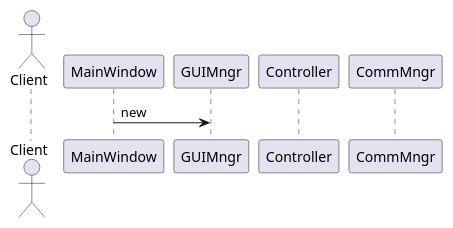
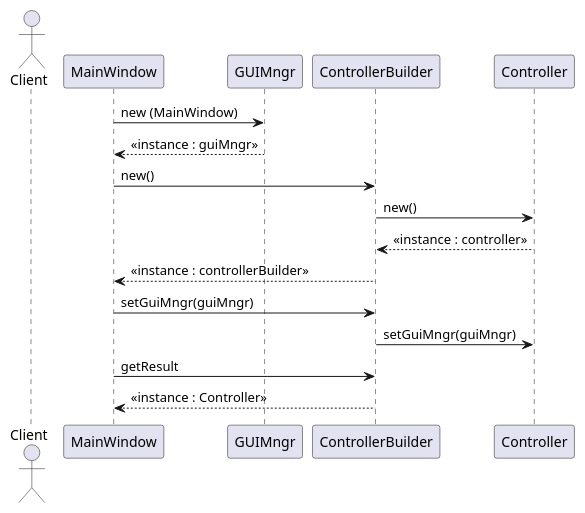
The diagram in ControlSW/uml/sequences.puml (Hyuntae-Lee/DesignPattern), drawn with PlantUML before and after one commit. The commit also changed 18 other files, not shown here.

```diff
--- a/ControlSW/uml/sequences.puml
+++ b/ControlSW/uml/sequences.puml
@@ -1,11 +1,20 @@
 @startuml SequenceDiagram for Initialize
 
 actor Client
 participant MainWindow
 participant GUIMngr
+participant ControllerBuilder
 participant Controller
-participant CommMngr
 
-MainWindow -> GUIMngr : new
+MainWindow -> GUIMngr : new (MainWindow)
+GUIMngr --> MainWindow : <<instance : guiMngr>>
+MainWindow -> ControllerBuilder : new()
+ControllerBuilder -> Controller : new()
+Controller --> ControllerBuilder : <<instance : controller>>
+ControllerBuilder --> MainWindow : <<instance : controllerBuilder>>
+MainWindow -> ControllerBuilder : setGuiMngr(guiMngr)
+ControllerBuilder -> Controller : setGuiMngr(guiMngr)
+MainWindow -> ControllerBuilder : getResult
+ControllerBuilder --> MainWindow : <<instance : Controller>>
 
 @enduml
```
